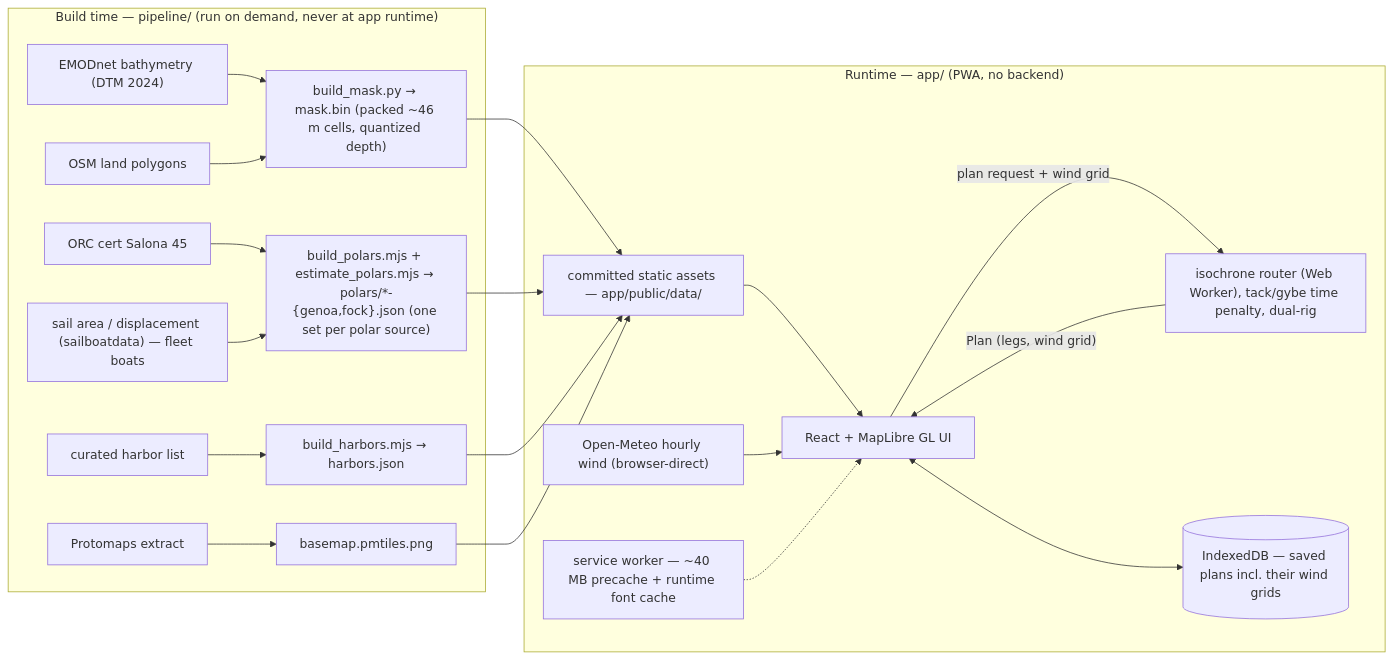
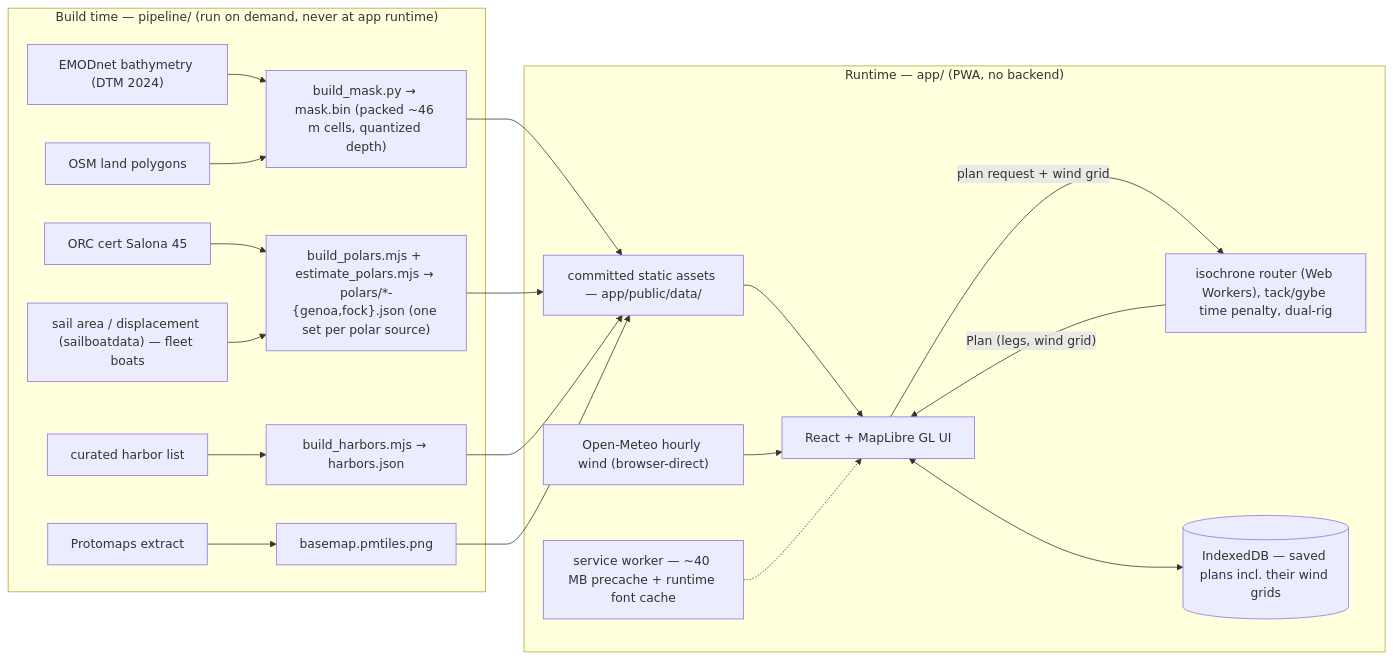
The diagram in README.md (DocGerd/sail_command), drawn with Mermaid before and after one commit. The commit also changed 9 other files, not shown here.

````diff
--- a/README.md
+++ b/README.md
@@ -322,20 +322,20 @@
 ```mermaid
 flowchart LR
   subgraph pipeline ["Build time — pipeline/ (run on demand, never at app runtime)"]
     EMOD["EMODnet bathymetry (DTM 2024)"] --> MASK["build_mask.py → mask.bin (packed ~46 m cells, quantized depth)"]
     OSMLP["OSM land polygons"] --> MASK
     ORC["ORC cert Salona 45"] --> POLARS["build_polars.mjs + estimate_polars.mjs → polars/*-{genoa,fock}.json (one set per polar source)"]
     SBD["sail area / displacement (sailboatdata) — fleet boats"] --> POLARS
     CUR["curated harbor list"] --> HARB["build_harbors.mjs → harbors.json"]
     PROTO["Protomaps extract"] --> PMT["basemap.pmtiles.png"]
   end
   MASK & POLARS & HARB & PMT --> ASSETS["committed static assets — app/public/data/"]
   subgraph app ["Runtime — app/ (PWA, no backend)"]
     ASSETS --> UI["React + MapLibre GL UI"]
     OM["Open-Meteo hourly wind (browser-direct)"] --> UI
-    UI -->|"plan request + wind grid"| WORKER["isochrone router (Web Worker), tack/gybe time penalty, dual-rig"]
+    UI -->|"plan request + wind grid"| WORKER["isochrone router (Web Workers), tack/gybe time penalty, dual-rig"]
     WORKER -->|"Plan (legs, wind grid)"| UI
     UI <--> IDB[("IndexedDB — saved plans incl. their wind grids")]
     SW["service worker — ~40 MB precache + runtime font cache"] -.-> UI
   end
 ```
````
